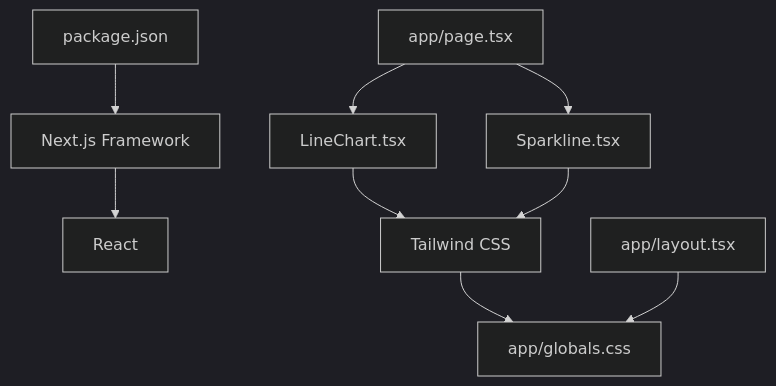
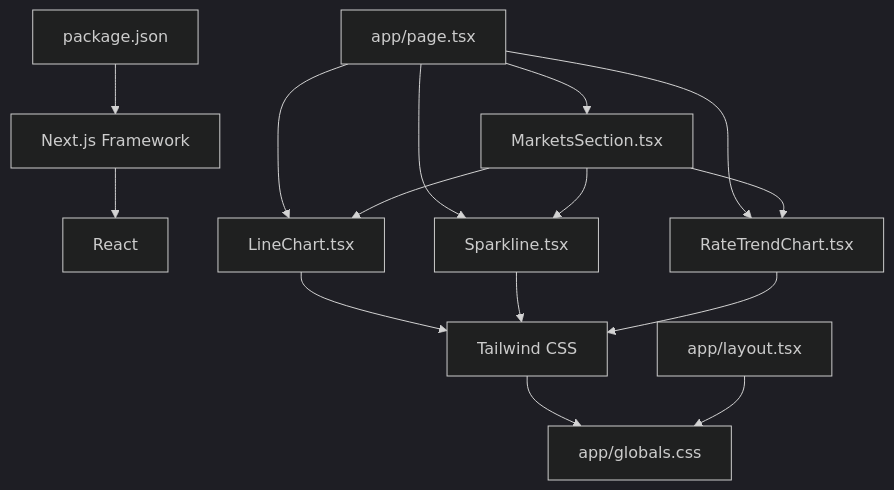
The seventh of 7 diagrams in .qoder/repowiki/en/content/Data Visualization/Data Visualization.md (alibaba-hackathon-fsi/frontend-vaya), drawn with Mermaid (dark theme) before and after one commit. The commit also changed other lines of this file and 36 other files, not shown here.

````diff
--- a/.qoder/repowiki/en/content/Data Visualization/Data Visualization.md
+++ b/.qoder/repowiki/en/content/Data Visualization/Data Visualization.md
@@ -244,20 +404,28 @@
 ```mermaid
 graph TB
 Pkg["package.json"]
 Next["Next.js Framework"]
 React["React"]
 Tailwind["Tailwind CSS"]
 Line["LineChart.tsx"]
 Spark["Sparkline.tsx"]
+Rate["RateTrendChart.tsx"]
+Markets["MarketsSection.tsx"]
 App["app/page.tsx"]
 Layout["app/layout.tsx"]
 CSS["app/globals.css"]
 Pkg --> Next
 Next --> React
 Tailwind --> CSS
 App --> Line
 App --> Spark
+App --> Rate
+App --> Markets
+Markets --> Line
+Markets --> Spark
+Markets --> Rate
 Line --> Tailwind
 Spark --> Tailwind
+Rate --> Tailwind
 Layout --> CSS
 ```
````
